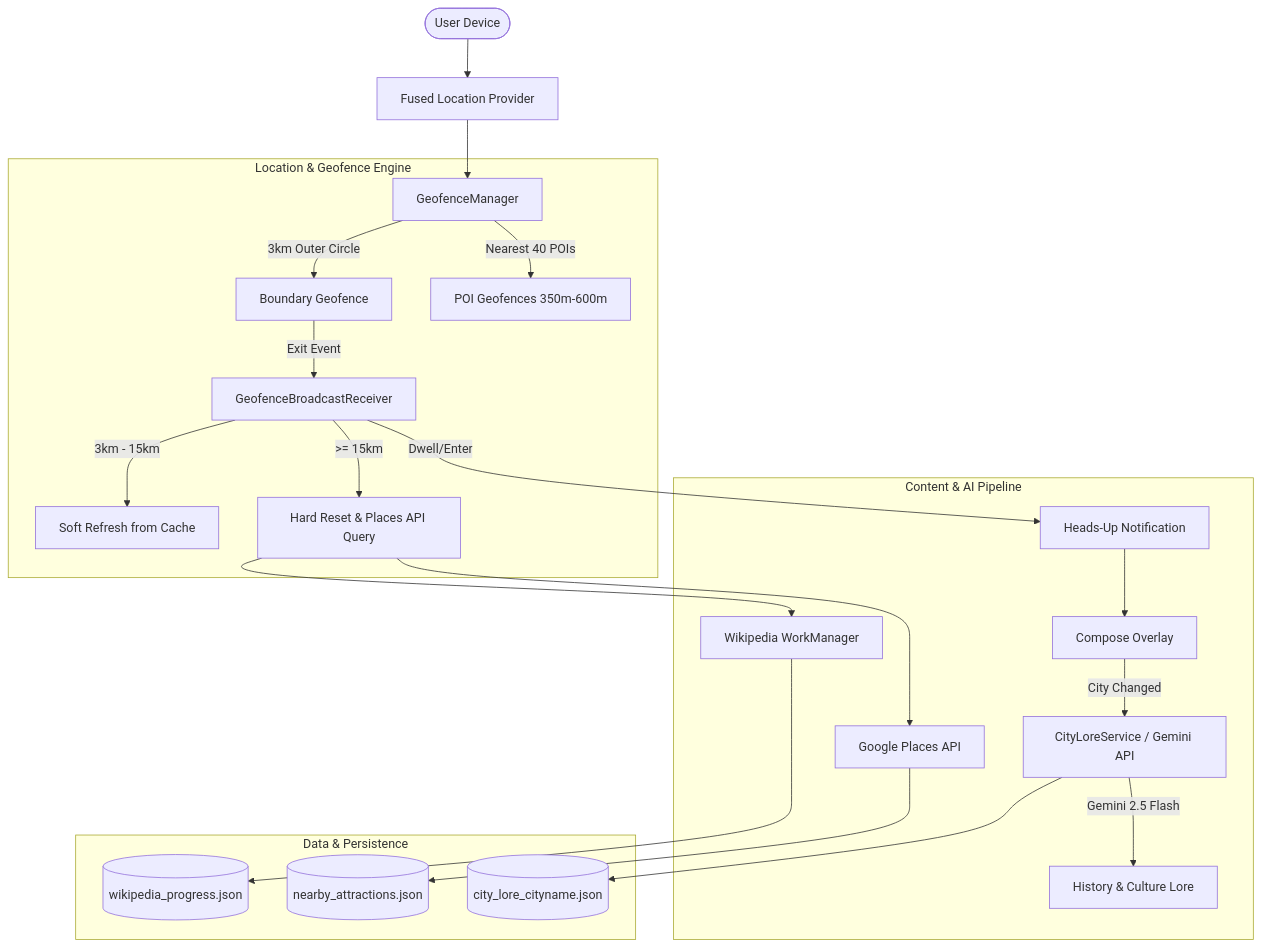
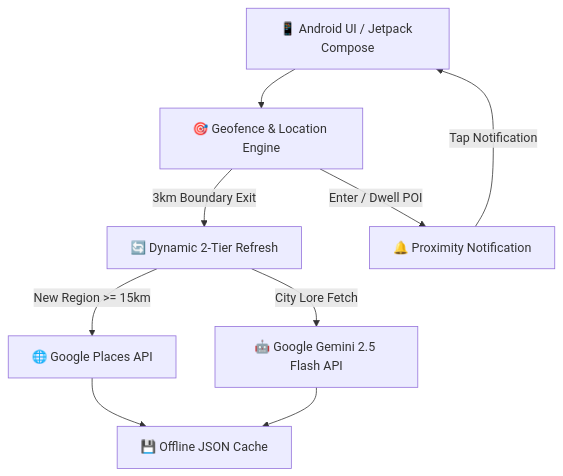
The diagram in README.md (esha2046/LocalLore), drawn with Mermaid before and after one commit.

````diff
--- a/README.md
+++ b/README.md
@@ -29,29 +29,13 @@
 ```mermaid
-graph TD
-    User([User Device]) --> GPS[Fused Location Provider]
-    GPS --> GeoManager[GeofenceManager]
+flowchart TD
+    A[📱 Android UI / Jetpack Compose] --> B[🎯 Geofence & Location Engine]
+    B -->|3km Boundary Exit| C[🔄 Dynamic 2-Tier Refresh]
+    B -->|Enter / Dwell POI| D[🔔 Proximity Notification]
     
-    subgraph Location & Geofence Engine
-        GeoManager -->|3km Outer Circle| Boundary[Boundary Geofence]
-        GeoManager -->|Nearest 40 POIs| POIFences[POI Geofences 350m-600m]
-        Boundary -->|Exit Event| Receiver[GeofenceBroadcastReceiver]
-        Receiver -->|3km - 15km| SoftRefresh[Soft Refresh from Cache]
-        Receiver -->|>= 15km| HardReset[Hard Reset & Places API Query]
-    end
+    C -->|New Region >= 15km| E[🌐 Google Places API]
+    C -->|City Lore Fetch| F[🤖 Google Gemini 2.5 Flash API]
     
-    subgraph Content & AI Pipeline
-        HardReset --> PlacesAPI[Google Places API]
-        HardReset --> WikiWorker[Wikipedia WorkManager]
-        Receiver -->|Dwell/Enter| Notif[Heads-Up Notification]
-        Notif --> UI[Compose Overlay]
-        
-        UI -->|City Changed| GeminiService[CityLoreService / Gemini API]
-        GeminiService -->|Gemini 2.5 Flash| HistoryCulture[History & Culture Lore]
-    end
-    
-    subgraph Data & Persistence
-        WikiWorker --> WikiCache[(wikipedia_progress.json)]
-        PlacesAPI --> PlacesCache[(nearby_attractions.json)]
-        GeminiService --> LoreCache[(city_lore_cityname.json)]
-    end
+    E --> G[💾 Offline JSON Cache]
+    F --> G
+    D -->|Tap Notification| A
 ```
````
